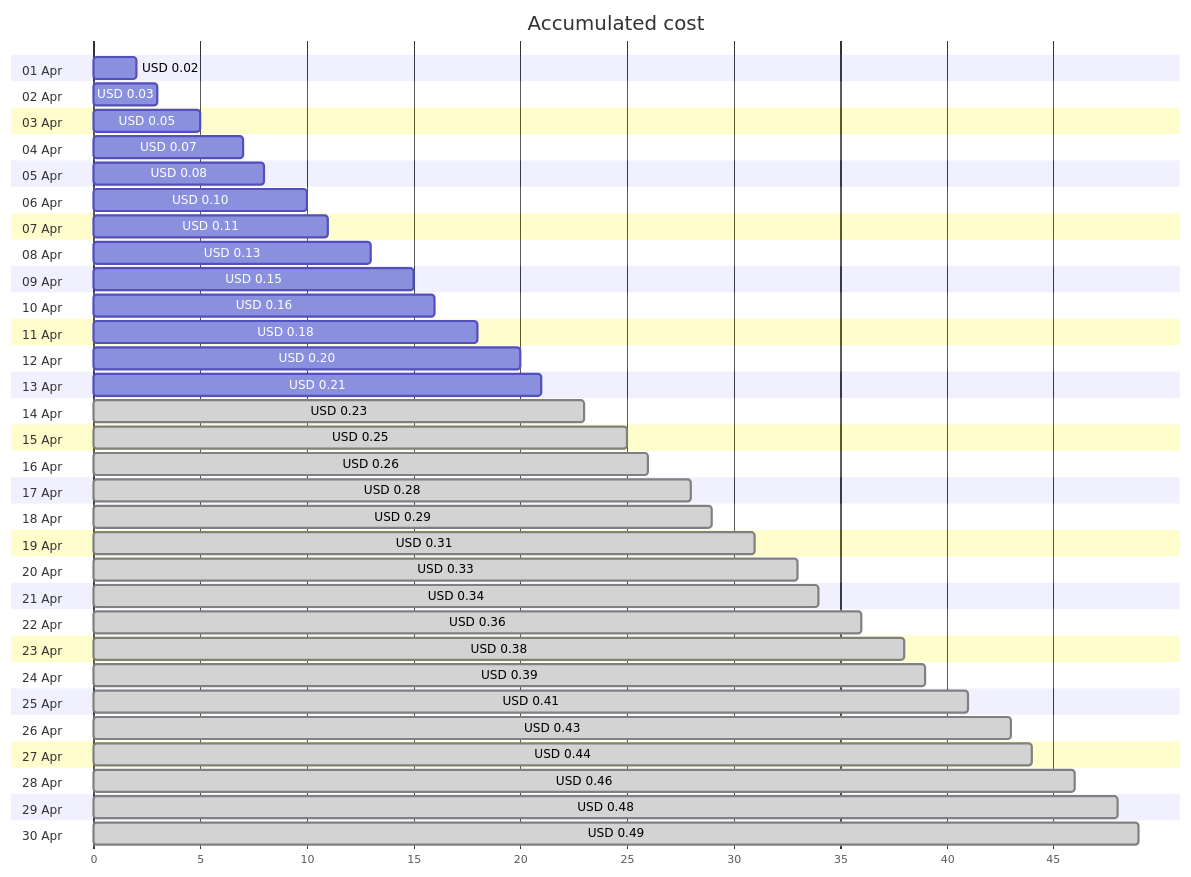
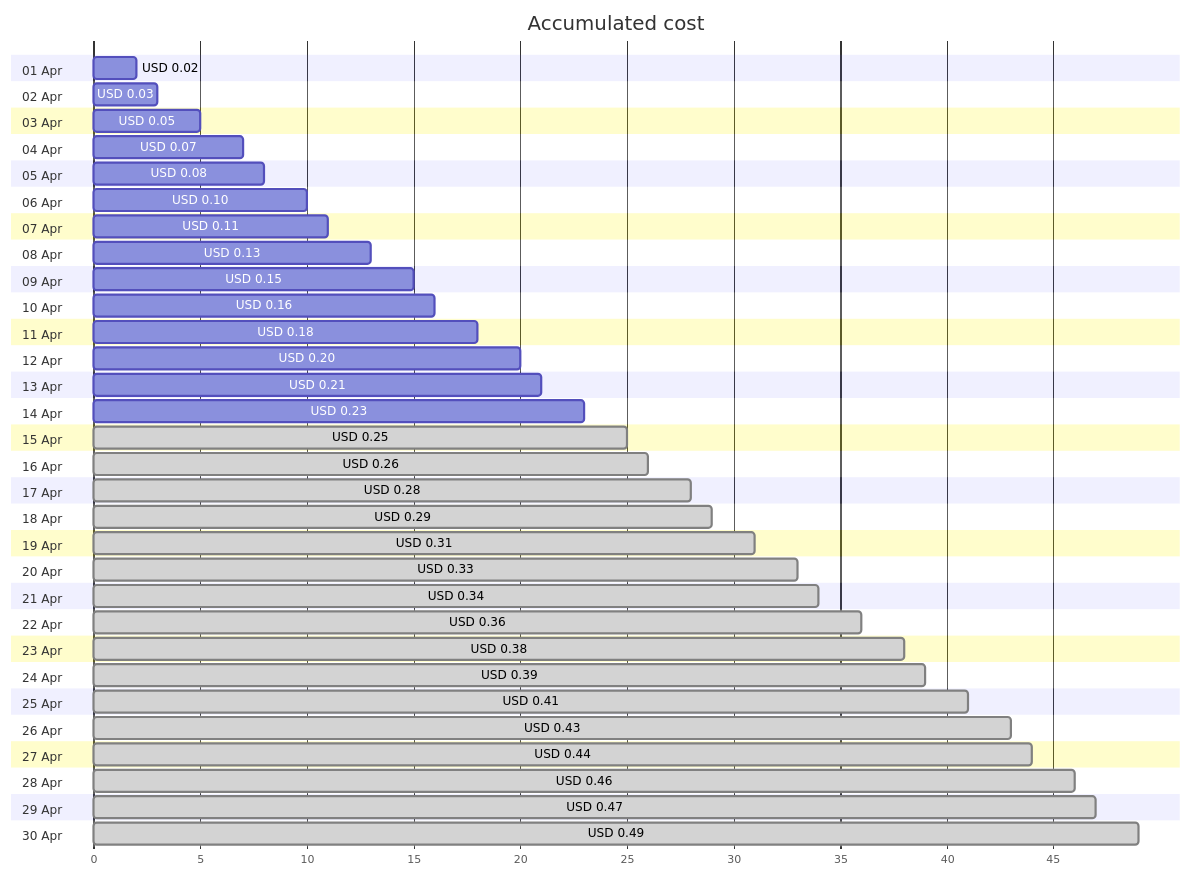
Before and after one commit to jpfulton/azure-personal-reports: the first of 4 diagrams in cost-reports/personal-dns/jpatrickfulton.com.md, drawn with Mermaid. The commit also changed other lines of this file and 2 other files, not shown here.

````diff
--- a/cost-reports/personal-dns/jpatrickfulton.com.md
+++ b/cost-reports/personal-dns/jpatrickfulton.com.md
@@ -20,66 +20,66 @@
 ```mermaid
 gantt
    title Accumulated cost
    dateFormat  X
    axisFormat %s
    section 01 Apr
    USD 0.02 :0, 2
    section 02 Apr
    USD 0.03 :0, 3
    section 03 Apr
    USD 0.05 :0, 5
    section 04 Apr
    USD 0.07 :0, 7
    section 05 Apr
    USD 0.08 :0, 8
    section 06 Apr
    USD 0.10 :0, 10
    section 07 Apr
    USD 0.11 :0, 11
    section 08 Apr
    USD 0.13 :0, 13
    section 09 Apr
    USD 0.15 :0, 15
    section 10 Apr
    USD 0.16 :0, 16
    section 11 Apr
    USD 0.18 :0, 18
    section 12 Apr
    USD 0.20 :0, 20
    section 13 Apr
    USD 0.21 :0, 21
    section 14 Apr
-   USD 0.23 : done, 0, 23
+   USD 0.23 :0, 23
    section 15 Apr
    USD 0.25 : done, 0, 25
    section 16 Apr
    USD 0.26 : done, 0, 26
    section 17 Apr
    USD 0.28 : done, 0, 28
    section 18 Apr
    USD 0.29 : done, 0, 29
    section 19 Apr
    USD 0.31 : done, 0, 31
    section 20 Apr
    USD 0.33 : done, 0, 33
    section 21 Apr
    USD 0.34 : done, 0, 34
    section 22 Apr
    USD 0.36 : done, 0, 36
    section 23 Apr
    USD 0.38 : done, 0, 38
    section 24 Apr
    USD 0.39 : done, 0, 39
    section 25 Apr
    USD 0.41 : done, 0, 41
    section 26 Apr
    USD 0.43 : done, 0, 43
    section 27 Apr
    USD 0.44 : done, 0, 44
    section 28 Apr
    USD 0.46 : done, 0, 46
    section 29 Apr
-   USD 0.48 : done, 0, 48
+   USD 0.47 : done, 0, 47
    section 30 Apr
    USD 0.49 : done, 0, 49
 ```
````
